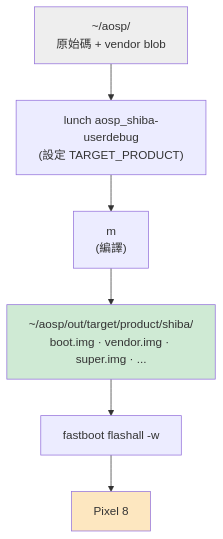
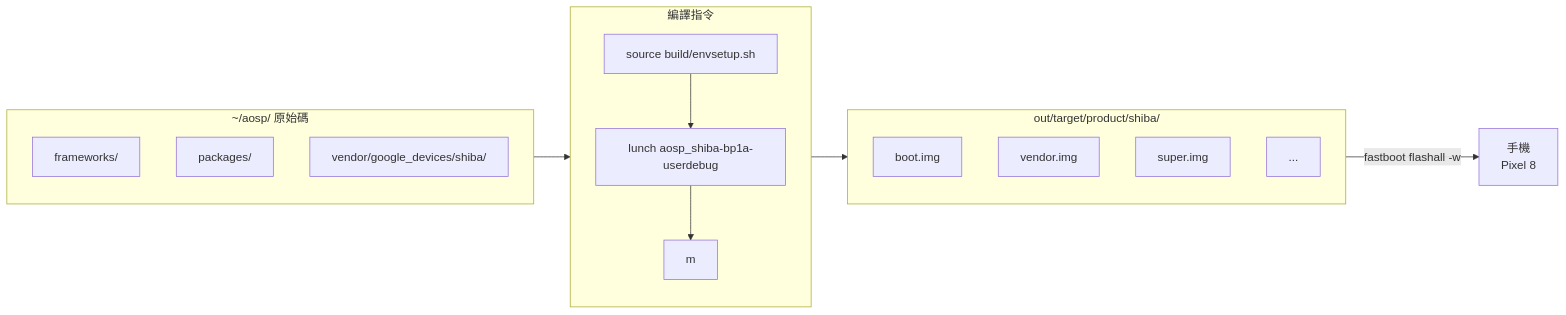
Before and after one commit to alanhc/til: the third of 4 diagrams in docs/aosp_pixel_full_workflow.md, drawn with Mermaid. The commit also changed other lines of this file and 3 other files, not shown here.

Commit message:
docs: Update Android firmware development documentation with new AOSP build pipeline details and AI integration insights

````diff
--- a/docs/aosp_pixel_full_workflow.md
+++ b/docs/aosp_pixel_full_workflow.md
@@ -116,15 +77,28 @@
 ```mermaid
-flowchart TB
-    SRC[~/aosp/<br/>原始碼 + vendor blob]
-    LUNCH["lunch aosp_shiba-userdebug<br/>(設定 TARGET_PRODUCT)"]
-    BUILD["m<br/>(編譯)"]
-    OUT[~/aosp/out/target/product/shiba/<br/>boot.img · vendor.img · super.img · ...]
-    FB["fastboot flashall -w"]
-    PHONE[Pixel 8]
+flowchart LR
+    subgraph src["~/aosp/ 原始碼"]
+        direction TB
+        F1["frameworks/"]
+        F2["packages/"]
+        F3["vendor/google_devices/shiba/"]
+    end
 
-    SRC --> LUNCH --> BUILD --> OUT --> FB --> PHONE
+    subgraph build["編譯指令"]
+        direction TB
+        C1["source build/envsetup.sh"]
+        C2["lunch aosp_shiba-bp1a-userdebug"]
+        C3["m"]
+        C1 --> C2 --> C3
+    end
 
-    style SRC fill:#eee
-    style OUT fill:#cfead4
-    style PHONE fill:#fde7c0
+    subgraph out["out/target/product/shiba/"]
+        direction TB
+        O1["boot.img"]
+        O2["vendor.img"]
+        O3["super.img"]
+        O4["..."]
+    end
+
+    src --> build --> out
+    out -->|"fastboot flashall -w"| phone["手機\nPixel 8"]
 ```
````
